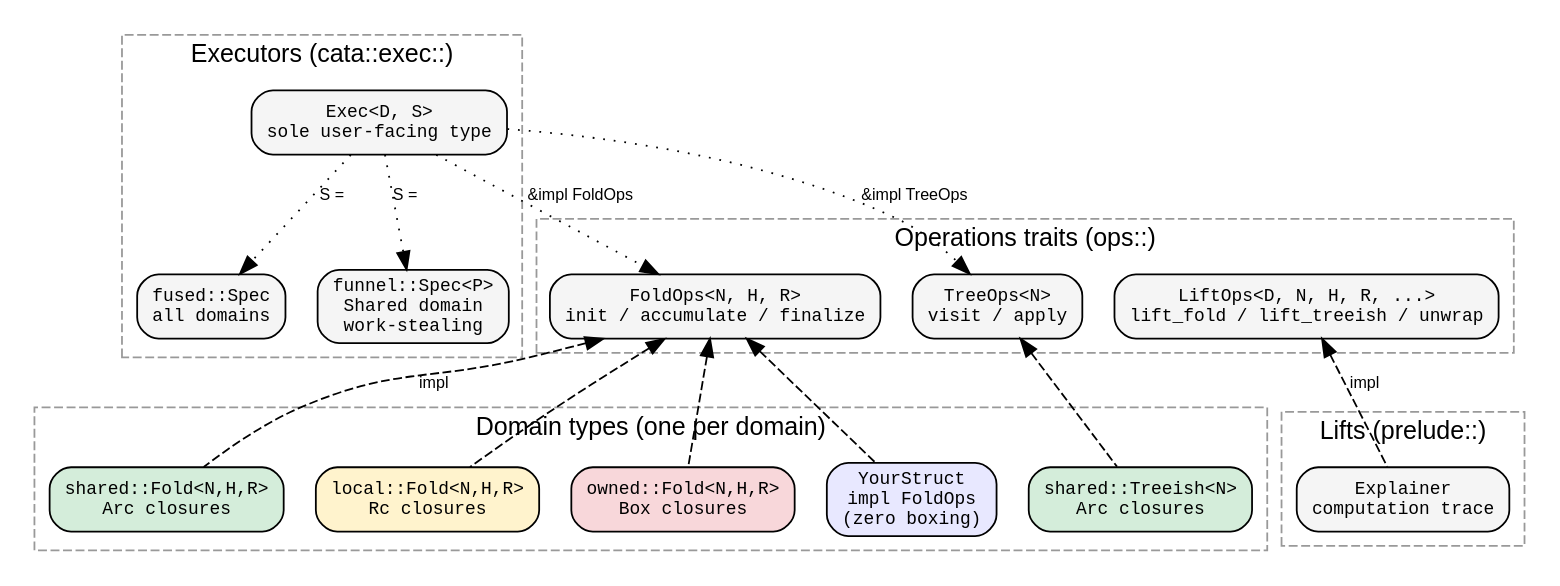
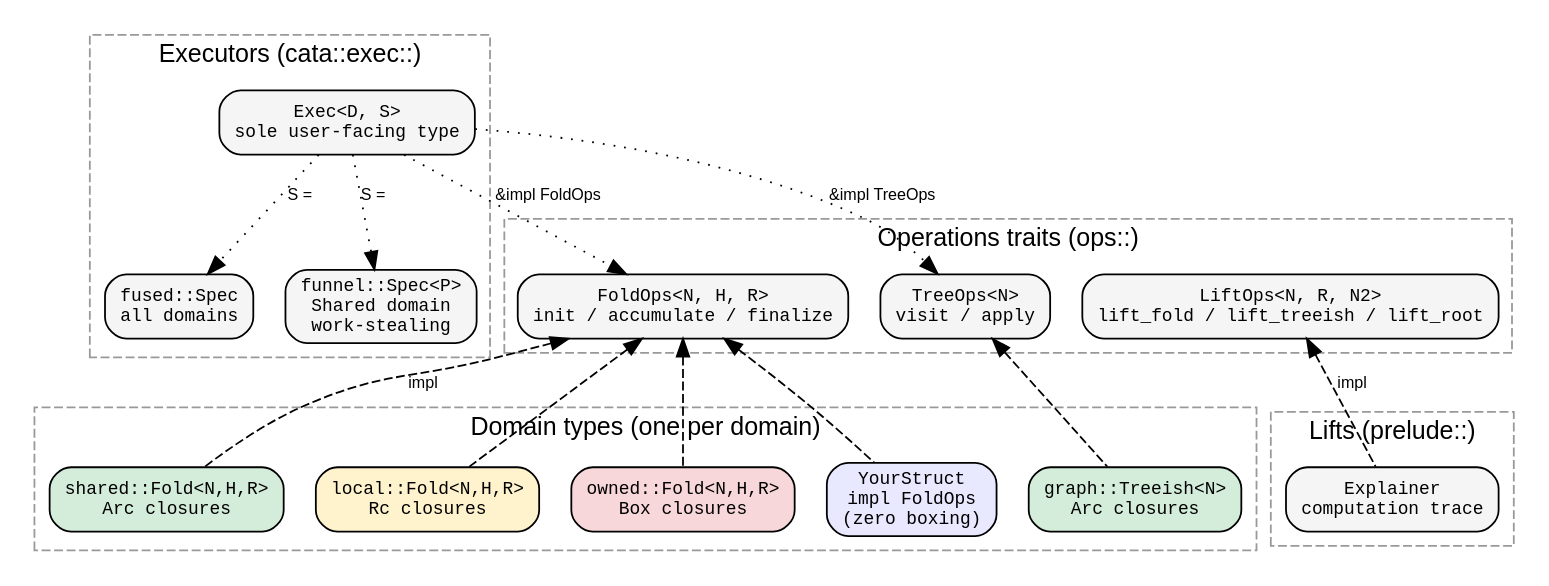
One commit to hylic-recursion/hylic-docs changed the second of 3 diagrams in book/src/guides/concept_map.md. Above: the diagram before and after it, drawn with Graphviz. The commit also changed other lines of this file and 53 other files, not shown here.

````diff
--- a/book/src/guides/concept_map.md
+++ b/book/src/guides/concept_map.md
@@ -58,60 +58,60 @@
 ```dot process
 digraph {
     rankdir=TB;
     node [shape=box, style="rounded,filled", fillcolor="#f5f5f5", fontname="monospace", fontsize=10];
     edge [fontname="sans-serif", fontsize=9];
 
     subgraph cluster_traits {
         label="Operations traits (ops::)";
         style=dashed; color="#999999";
         fontname="sans-serif";
 
         FoldOps [label="FoldOps<N, H, R>\ninit / accumulate / finalize"];
         TreeOps [label="TreeOps<N>\nvisit / apply"];
-        LiftOps [label="LiftOps<D, N, H, R, ...>\nlift_fold / lift_treeish / unwrap"];
+        LiftOps [label="LiftOps<N, R, N2>\nlift_fold / lift_treeish / lift_root"];
     }
 
     subgraph cluster_concrete {
         label="Domain types (one per domain)";
         style=dashed; color="#999999";
         fontname="sans-serif";
 
         SharedFold [label="shared::Fold<N,H,R>\nArc closures", fillcolor="#d4edda"];
-        SharedTree [label="shared::Treeish<N>\nArc closures", fillcolor="#d4edda"];
+        SharedTree [label="graph::Treeish<N>\nArc closures", fillcolor="#d4edda"];
         LocalFold [label="local::Fold<N,H,R>\nRc closures", fillcolor="#fff3cd"];
         OwnedFold [label="owned::Fold<N,H,R>\nBox closures", fillcolor="#f8d7da"];
         UserStruct [label="YourStruct\nimpl FoldOps\n(zero boxing)", fillcolor="#e8e8ff"];
     }
 
     subgraph cluster_executors {
         label="Executors (cata::exec::)";
         style=dashed; color="#999999";
         fontname="sans-serif";
 
         ExecDS [label="Exec<D, S>\nsole user-facing type"];
         FusedSpec [label="fused::Spec\nall domains"];
         FunnelSpec [label="funnel::Spec<P>\nShared domain\nwork-stealing"];
     }
 
     subgraph cluster_lifts {
         label="Lifts (prelude::)";
         style=dashed; color="#999999";
         fontname="sans-serif";
 
         Explainer [label="Explainer\ncomputation trace"];
     }
 
     FoldOps -> SharedFold [dir=back, style=dashed, label="impl"];
     FoldOps -> LocalFold [dir=back, style=dashed];
     FoldOps -> OwnedFold [dir=back, style=dashed];
     FoldOps -> UserStruct [dir=back, style=dashed];
     TreeOps -> SharedTree [dir=back, style=dashed];
 
     ExecDS -> FusedSpec [label="S =", style=dotted];
     ExecDS -> FunnelSpec [label="S =", style=dotted];
     ExecDS -> FoldOps [label="&impl FoldOps", style=dotted];
     ExecDS -> TreeOps [label="&impl TreeOps", style=dotted];
 
     LiftOps -> Explainer [dir=back, style=dashed, label="impl"];
 }
 ```
````
